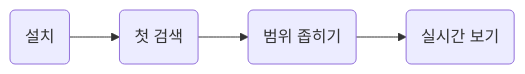
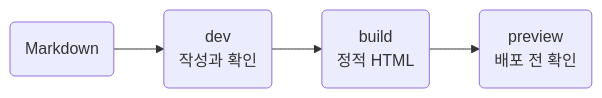
Before and after one commit to minu-ha/for-humanity: the diagram in templates/document/commands.md, drawn with Mermaid. The commit also changed other lines of this file and 72 other files, not shown here.

````diff
--- a/templates/document/commands.md
+++ b/templates/document/commands.md
@@ -21,6 +12,6 @@
 ```mermaid
 flowchart LR
-    a("설치") --> b("첫 검색")
-    b --> c("범위 좁히기")
-    c --> d("실시간 보기")
+    a("Markdown") --> b("dev<br>작성과 확인")
+    b --> c("build<br>정적 HTML")
+    c --> d("preview<br>배포 전 확인")
 ```
````
